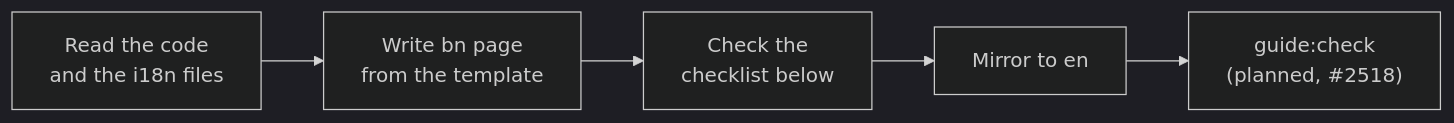
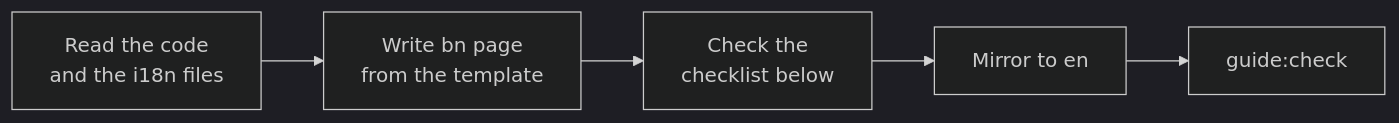
One commit to tareq89/biddaloy changed the first of 2 diagrams in docs/documentation/writing-guide.md. Above: the diagram before and after it, drawn with Mermaid (dark theme). The commit also changed other lines of this file and 36 other files, not shown here.

````diff
--- a/docs/documentation/writing-guide.md
+++ b/docs/documentation/writing-guide.md
@@ -15,7 +15,7 @@
 ```mermaid
 flowchart LR
   A["Read the code<br/>and the i18n files"] --> B["Write bn page<br/>from the template"]
   B --> C["Check the<br/>checklist below"]
   C --> D["Mirror to en"]
-  D --> E["guide:check<br/>(planned, #2518)"]
+  D --> E["guide:check"]
 ```
````
